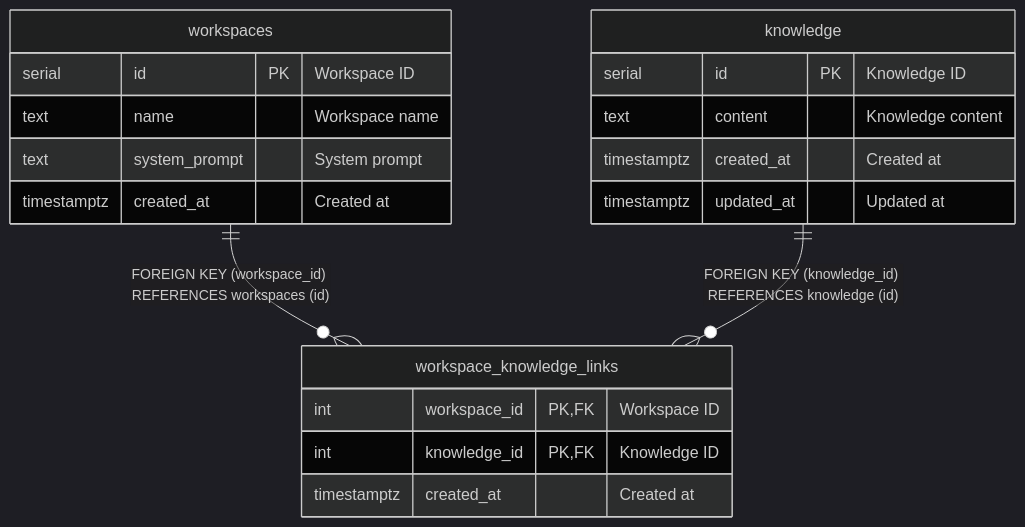
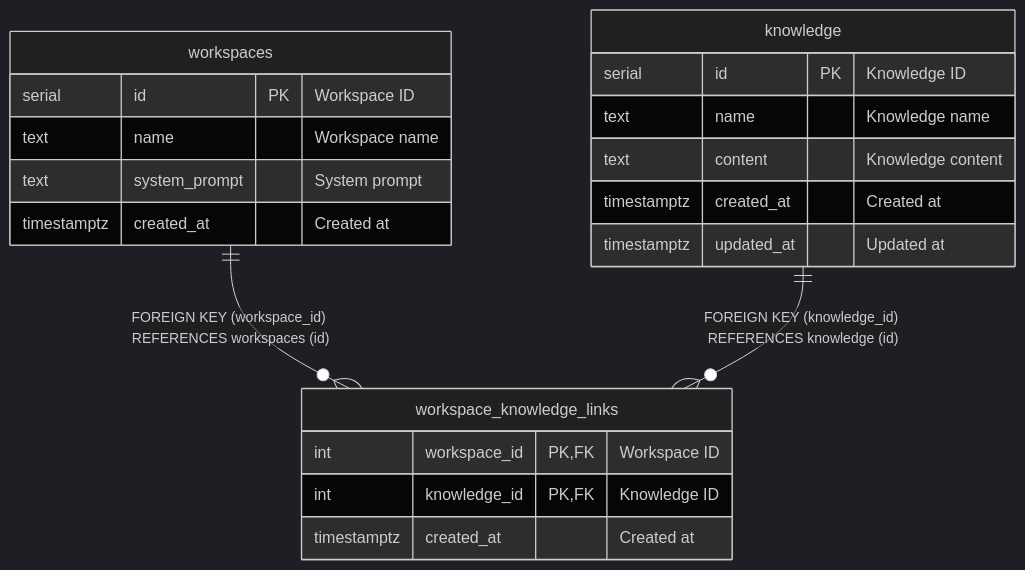
Before and after one commit to k-kanke/ai-workspace-platform: the diagram in docs/schema/workspace_knowledge_links.md, drawn with Mermaid (dark theme). The commit also changed 12 other files, not shown here.

Commit message:
add name field to knowledge table

````diff
--- a/docs/schema/workspace_knowledge_links.md
+++ b/docs/schema/workspace_knowledge_links.md
@@ -45,24 +45,25 @@
 ```mermaid
 erDiagram
 
 "workspaces" ||--o{ "workspace_knowledge_links" : "FOREIGN KEY (workspace_id) REFERENCES workspaces (id)"
 "knowledge" ||--o{ "workspace_knowledge_links" : "FOREIGN KEY (knowledge_id) REFERENCES knowledge (id)"
 
 "workspace_knowledge_links" {
   int workspace_id PK, FK "Workspace ID"
   int knowledge_id PK, FK "Knowledge ID"
   timestamptz created_at "Created at"
 }
 "workspaces" {
   serial id PK "Workspace ID"
   text name "Workspace name"
   text system_prompt "System prompt"
   timestamptz created_at "Created at"
 }
 "knowledge" {
   serial id PK "Knowledge ID"
+  text name "Knowledge name"
   text content "Knowledge content"
   timestamptz created_at "Created at"
   timestamptz updated_at "Updated at"
 }
 ```
````
